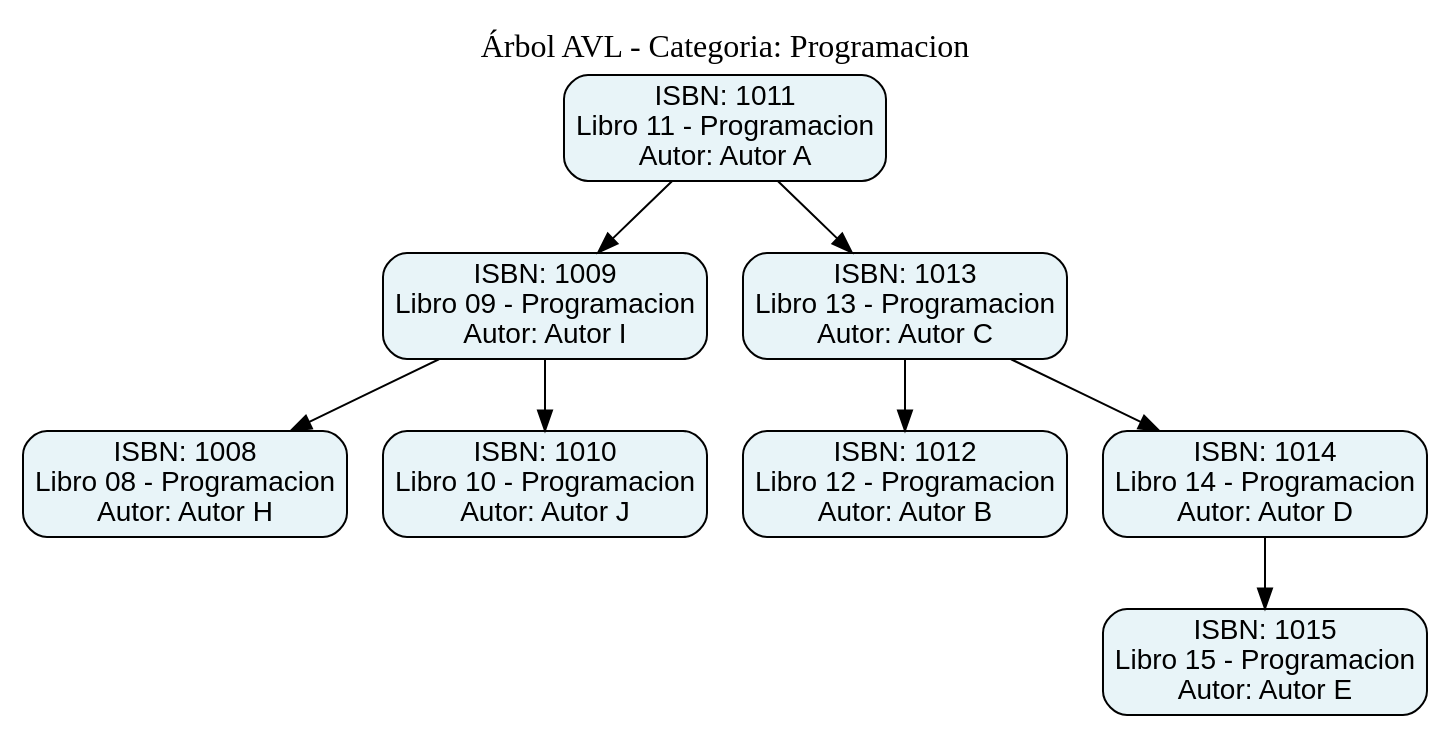
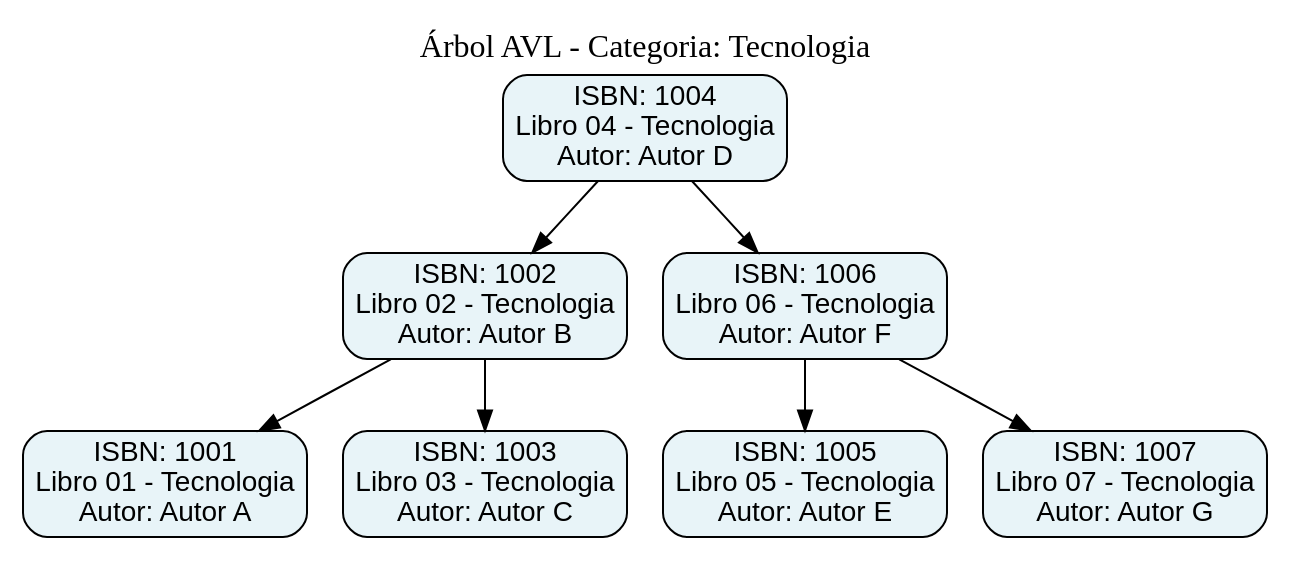
One commit to 4064998100101-cell/IPC2_Proy02_202602_202504191 changed the diagram in Proyecto2/wwwroot/avl_temp.dot. Above: the diagram before and after it, drawn with Graphviz. The commit also changed 4 other files, not shown here.

```diff
--- a/Proyecto2/wwwroot/avl_temp.dot
+++ b/Proyecto2/wwwroot/avl_temp.dot
@@ -1,22 +1,20 @@
 digraph AVL {
    node [shape=box, style="rounded,filled", fillcolor="#e8f4f8", fontname="Arial"];
    edge [fontname="Arial"];
-   label="Árbol AVL - Categoria: Programacion\n";
+   label="Árbol AVL - Categoria: Tecnologia\n";
    labelloc="top";
    fontsize=16;
-   isbn_1011 [label="ISBN: 1011\nLibro 11 - Programacion\nAutor: Autor A"];
-   isbn_1011 -> isbn_1009;
-   isbn_1009 [label="ISBN: 1009\nLibro 09 - Programacion\nAutor: Autor I"];
-   isbn_1009 -> isbn_1008;
-   isbn_1008 [label="ISBN: 1008\nLibro 08 - Programacion\nAutor: Autor H"];
-   isbn_1009 -> isbn_1010;
-   isbn_1010 [label="ISBN: 1010\nLibro 10 - Programacion\nAutor: Autor J"];
-   isbn_1011 -> isbn_1013;
-   isbn_1013 [label="ISBN: 1013\nLibro 13 - Programacion\nAutor: Autor C"];
-   isbn_1013 -> isbn_1012;
-   isbn_1012 [label="ISBN: 1012\nLibro 12 - Programacion\nAutor: Autor B"];
-   isbn_1013 -> isbn_1014;
-   isbn_1014 [label="ISBN: 1014\nLibro 14 - Programacion\nAutor: Autor D"];
-   isbn_1014 -> isbn_1015;
-   isbn_1015 [label="ISBN: 1015\nLibro 15 - Programacion\nAutor: Autor E"];
+   isbn_1004 [label="ISBN: 1004\nLibro 04 - Tecnologia\nAutor: Autor D"];
+   isbn_1004 -> isbn_1002;
+   isbn_1002 [label="ISBN: 1002\nLibro 02 - Tecnologia\nAutor: Autor B"];
+   isbn_1002 -> isbn_1001;
+   isbn_1001 [label="ISBN: 1001\nLibro 01 - Tecnologia\nAutor: Autor A"];
+   isbn_1002 -> isbn_1003;
+   isbn_1003 [label="ISBN: 1003\nLibro 03 - Tecnologia\nAutor: Autor C"];
+   isbn_1004 -> isbn_1006;
+   isbn_1006 [label="ISBN: 1006\nLibro 06 - Tecnologia\nAutor: Autor F"];
+   isbn_1006 -> isbn_1005;
+   isbn_1005 [label="ISBN: 1005\nLibro 05 - Tecnologia\nAutor: Autor E"];
+   isbn_1006 -> isbn_1007;
+   isbn_1007 [label="ISBN: 1007\nLibro 07 - Tecnologia\nAutor: Autor G"];
 }
```
